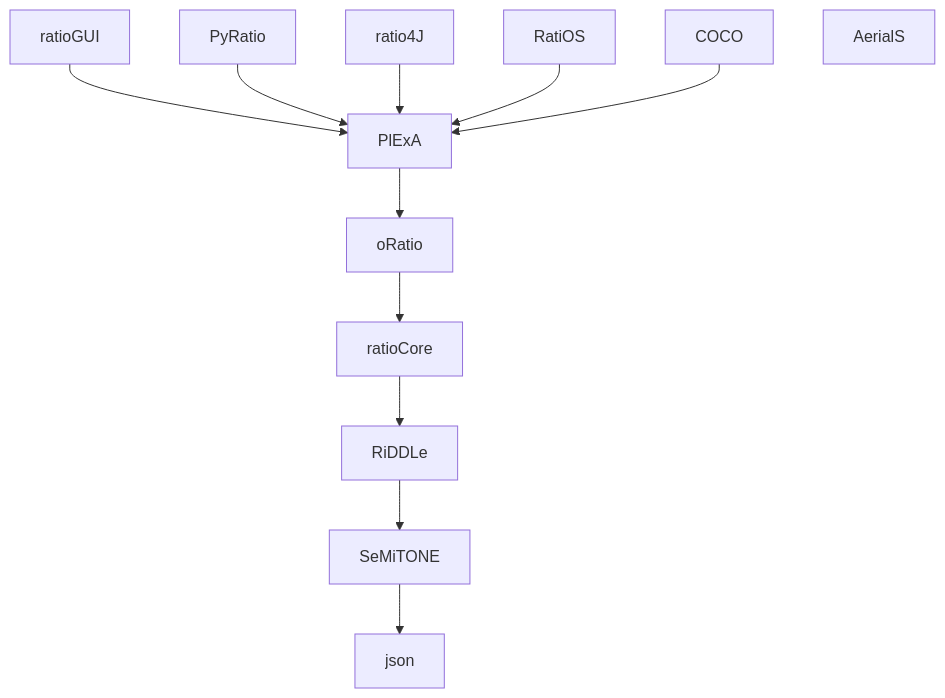
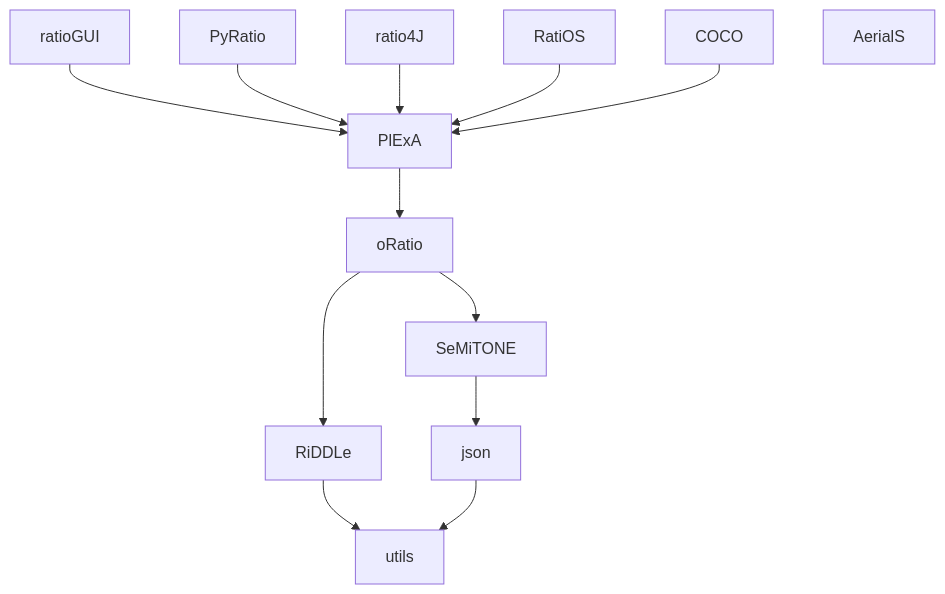
One commit to ratioSolver/.github changed the diagram in profile/README.md. Above: the diagram before and after it, drawn with Mermaid. The commit also changed other lines of this file, not shown here.

````diff
--- a/profile/README.md
+++ b/profile/README.md
@@ -8,14 +8,15 @@
 ```mermaid
 graph TD;
     ratioGUI-->PlExA;
     PlExA-->oRatio;
-    oRatio-->ratioCore;
-    ratioCore-->RiDDLe;
-    RiDDLe-->SeMiTONE;
+    oRatio-->RiDDLe;
+    RiDDLe-->utils;
+    oRatio-->SeMiTONE;
     SeMiTONE-->json;
+    json-->utils;
     PyRatio-->PlExA;
     ratio4J-->PlExA;
     RatiOS-->PlExA;
     COCO-->PlExA;
     AerialS;
 ```
````
